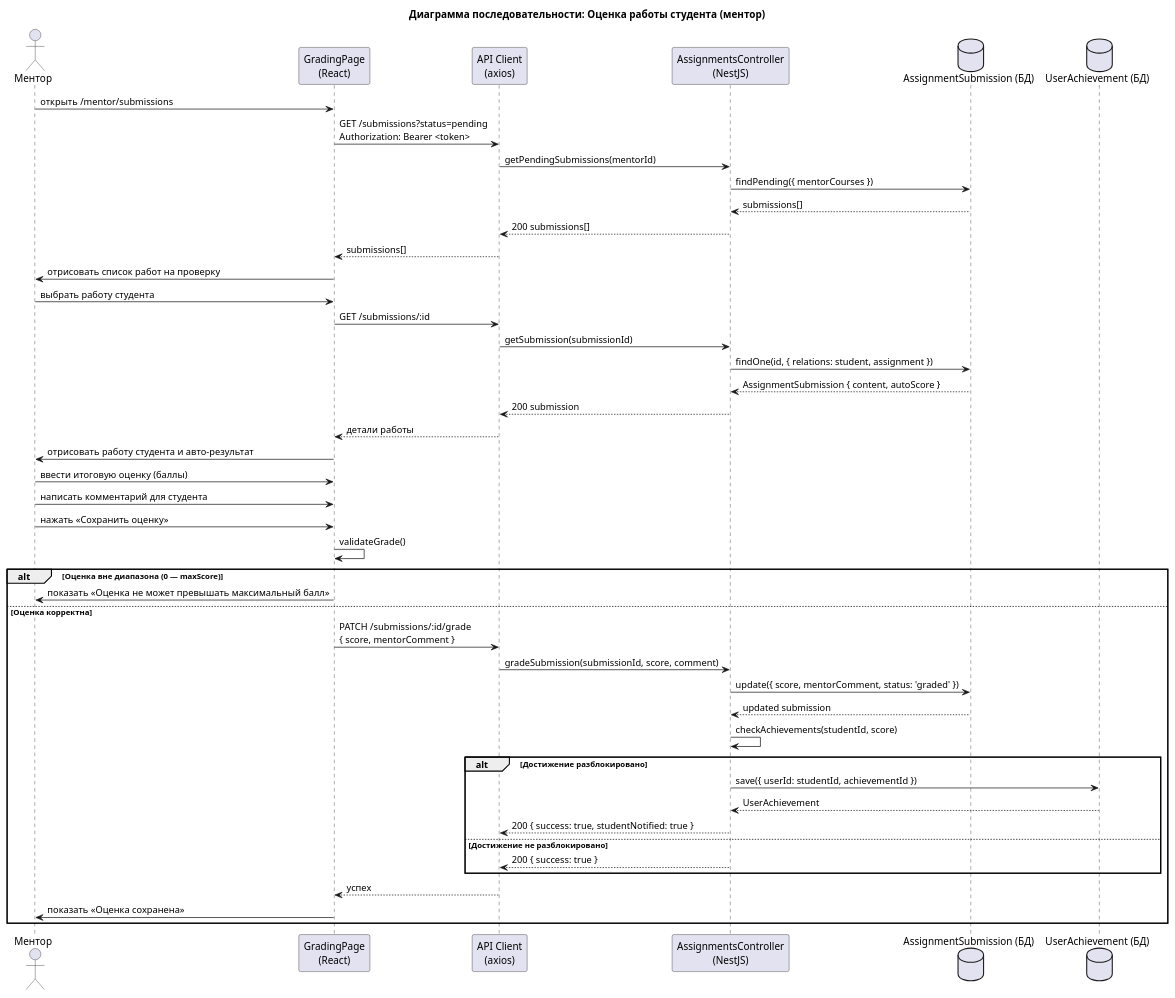
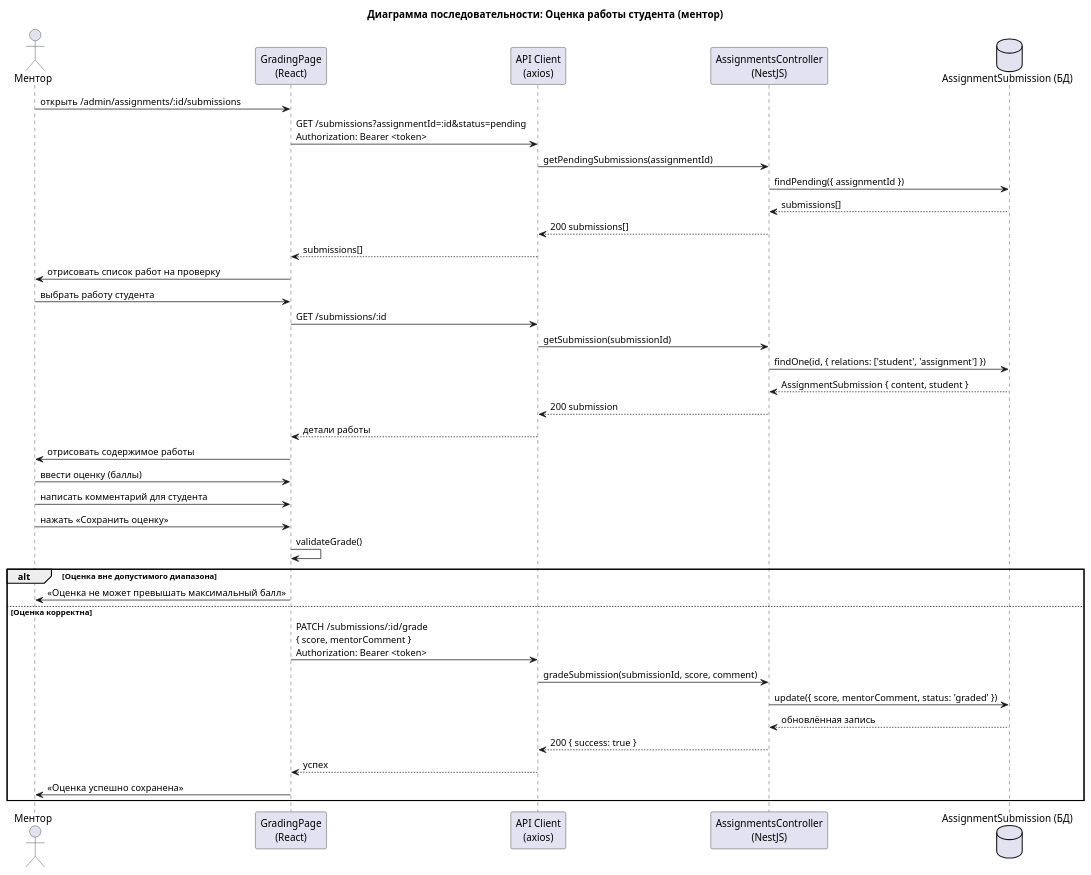
Before and after one commit to DoniZefironi/ASOI-Diploma: the diagram in пояснительная записка/diagrams/seq_10_grade_submission.puml, drawn with PlantUML. The commit also changed 33 other files, not shown here.

```diff
--- a/пояснительная записка/diagrams/seq_10_grade_submission.puml
+++ b/пояснительная записка/diagrams/seq_10_grade_submission.puml
@@ -1,55 +1,45 @@
 @startuml
 title Диаграмма последовательности: Оценка работы студента (ментор)
 
 actor Ментор as M
 participant "GradingPage\n(React)" as GP
 participant "API Client\n(axios)" as API
 participant "AssignmentsController\n(NestJS)" as AC
 database "AssignmentSubmission (БД)" as SubDB
-database "UserAchievement (БД)" as UAD
 
-M -> GP: открыть /mentor/submissions
-GP -> API: GET /submissions?status=pending\nAuthorization: Bearer <token>
-API -> AC: getPendingSubmissions(mentorId)
-AC -> SubDB: findPending({ mentorCourses })
+M -> GP: открыть /admin/assignments/:id/submissions
+GP -> API: GET /submissions?assignmentId=:id&status=pending\nAuthorization: Bearer <token>
+API -> AC: getPendingSubmissions(assignmentId)
+AC -> SubDB: findPending({ assignmentId })
 SubDB --> AC: submissions[]
 AC --> API: 200 submissions[]
 API --> GP: submissions[]
 GP -> M: отрисовать список работ на проверку
 
 M -> GP: выбрать работу студента
 GP -> API: GET /submissions/:id
 API -> AC: getSubmission(submissionId)
-AC -> SubDB: findOne(id, { relations: student, assignment })
-SubDB --> AC: AssignmentSubmission { content, autoScore }
+AC -> SubDB: findOne(id, { relations: ['student', 'assignment'] })
+SubDB --> AC: AssignmentSubmission { content, student }
 AC --> API: 200 submission
 API --> GP: детали работы
-GP -> M: отрисовать работу студента и авто-результат
+GP -> M: отрисовать содержимое работы
 
-M -> GP: ввести итоговую оценку (баллы)
+M -> GP: ввести оценку (баллы)
 M -> GP: написать комментарий для студента
 M -> GP: нажать «Сохранить оценку»
 GP -> GP: validateGrade()
 
-alt Оценка вне диапазона (0 — maxScore)
-  GP -> M: показать «Оценка не может превышать максимальный балл»
+alt Оценка вне допустимого диапазона
+  GP -> M: «Оценка не может превышать максимальный балл»
 else Оценка корректна
-  GP -> API: PATCH /submissions/:id/grade\n{ score, mentorComment }
+  GP -> API: PATCH /submissions/:id/grade\n{ score, mentorComment }\nAuthorization: Bearer <token>
   API -> AC: gradeSubmission(submissionId, score, comment)
   AC -> SubDB: update({ score, mentorComment, status: 'graded' })
-  SubDB --> AC: updated submission
-  AC -> AC: checkAchievements(studentId, score)
-
-  alt Достижение разблокировано
-    AC -> UAD: save({ userId: studentId, achievementId })
-    UAD --> AC: UserAchievement
-    AC --> API: 200 { success: true, studentNotified: true }
-  else Достижение не разблокировано
-    AC --> API: 200 { success: true }
-  end
-
+  SubDB --> AC: обновлённая запись
+  AC --> API: 200 { success: true }
   API --> GP: успех
-  GP -> M: показать «Оценка сохранена»
+  GP -> M: «Оценка успешно сохранена»
 end
 
 @enduml
```
